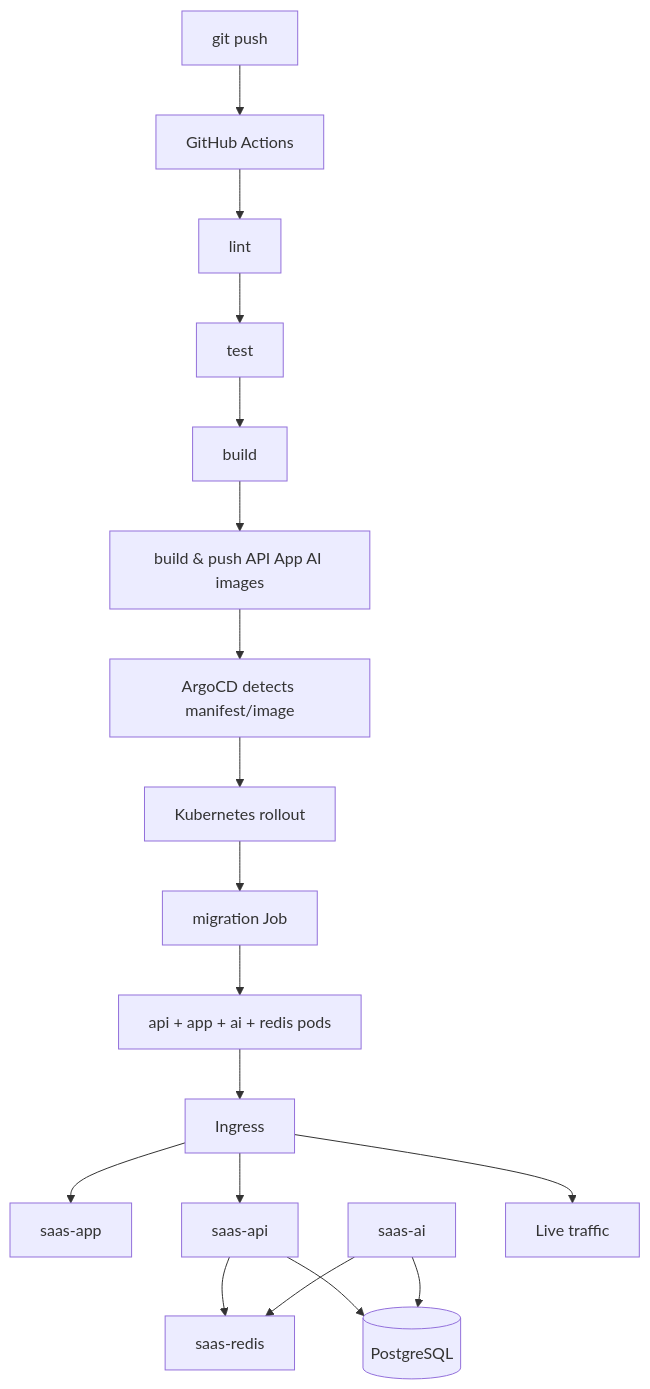
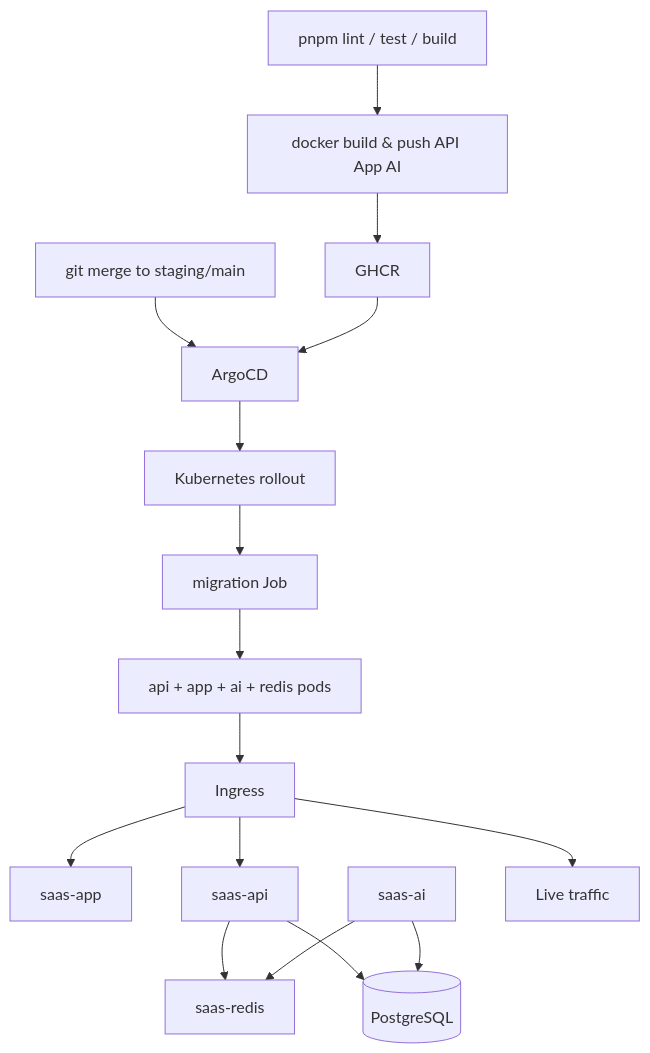
Before and after one commit to mansourhaa/matchyplus-site-test-front-end: the first of 2 diagrams in deploy/README.md, drawn with Mermaid. The commit also changed other lines of this file and 13 other files, not shown here.

First line of the commit message:
chore: remove GitHub Actions; rely on local checks

````diff
--- a/deploy/README.md
+++ b/deploy/README.md
@@ -11,20 +11,18 @@
 ```mermaid
 flowchart TD
-    Push[git push] --> GHA[GitHub Actions]
-    GHA --> Lint[lint]
-    Lint --> Test[test]
-    Test --> Build[build]
-    Build --> Images[build & push API App AI images]
-    Images --> Argo[ArgoCD detects manifest/image]
+    Local[pnpm lint / test / build] --> Images[docker build & push API App AI]
+    Images --> GHCR[GHCR]
+    Push[git merge to staging/main] --> Argo[ArgoCD]
+    GHCR --> Argo
     Argo --> K8s[Kubernetes rollout]
     K8s --> Job[migration Job]
     Job --> Pods[api + app + ai + redis pods]
     Pods --> Ingress[Ingress]
     Ingress --> App[saas-app]
     Ingress --> API[saas-api]
     API --> Redis[saas-redis]
     AI[saas-ai] --> Redis
     API --> PG[(PostgreSQL)]
     AI --> PG
     Ingress --> Live[Live traffic]
 ```
````
